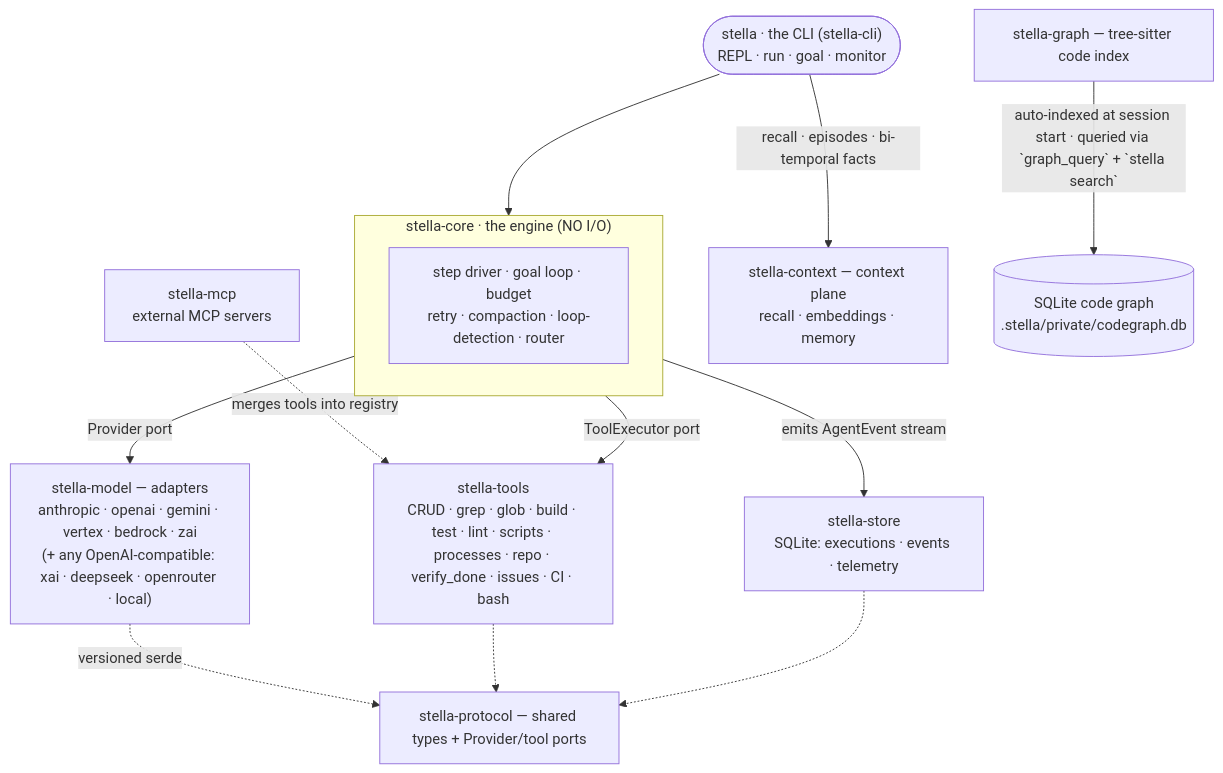
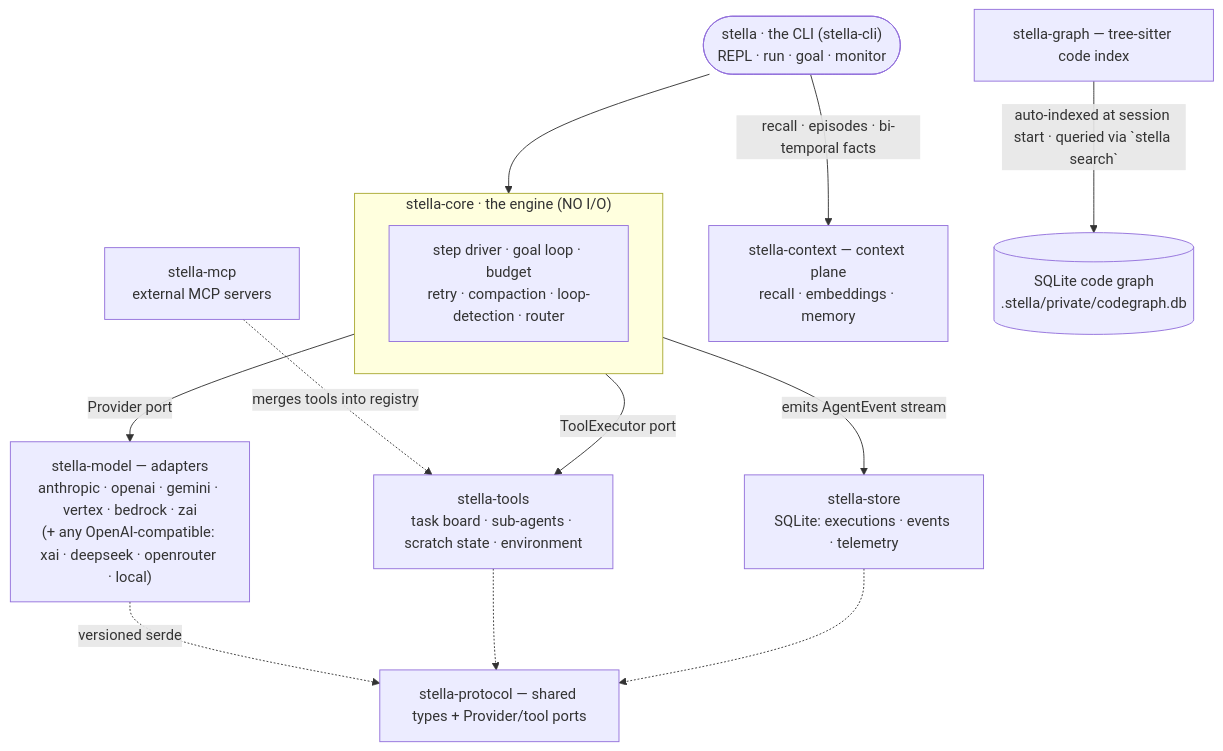
One commit to macanderson/stella changed the diagram in README.md. Above: the diagram before and after it, drawn with Mermaid. The commit also changed other lines of this file and 99 other files, not shown here.

First line of the commit message:
docs: purge the 67 removed built-in tools from docs/, README, AGENTS, CONTRIBUTING

````diff
--- a/README.md
+++ b/README.md
@@ -687,16 +610,16 @@
 ```mermaid
 flowchart TD
     U(["stella · the CLI (stella-cli)<br/>REPL · run · goal · monitor"]) --> CORE
     subgraph CORE["stella-core · the engine (NO I/O)"]
       ENG["step driver · goal loop · budget<br/>retry · compaction · loop-detection · router"]
     end
     CORE -->|Provider port| MODEL["stella-model — adapters<br/>anthropic · openai · gemini · vertex · bedrock · zai<br/>(+ any OpenAI-compatible: xai · deepseek · openrouter · local)"]
-    CORE -->|ToolExecutor port| TOOLS["stella-tools<br/>CRUD · grep · glob · build · test · lint · scripts · processes · repo · verify_done · issues · CI · bash"]
+    CORE -->|ToolExecutor port| TOOLS["stella-tools<br/>task board · sub-agents · scratch state · environment"]
     MCP["stella-mcp<br/>external MCP servers"] -.->|merges tools into registry| TOOLS
     CORE -->|emits AgentEvent stream| STORE["stella-store<br/>SQLite: executions · events · telemetry"]
     U -->|"recall · episodes · bi-temporal facts"| CTX["stella-context — context plane<br/>recall · embeddings · memory"]
-    GRAPH["stella-graph — tree-sitter code index"] -->|"auto-indexed at session start · queried via `graph_query` + `stella search`"| DB[("SQLite code graph<br/>.stella/private/codegraph.db")]
+    GRAPH["stella-graph — tree-sitter code index"] -->|"auto-indexed at session start · queried via `stella search`"| DB[("SQLite code graph<br/>.stella/private/codegraph.db")]
     MODEL -.->|versioned serde| PROTO["stella-protocol — shared types + Provider/tool ports"]
     TOOLS -.-> PROTO
     STORE -.-> PROTO
 ```
````
